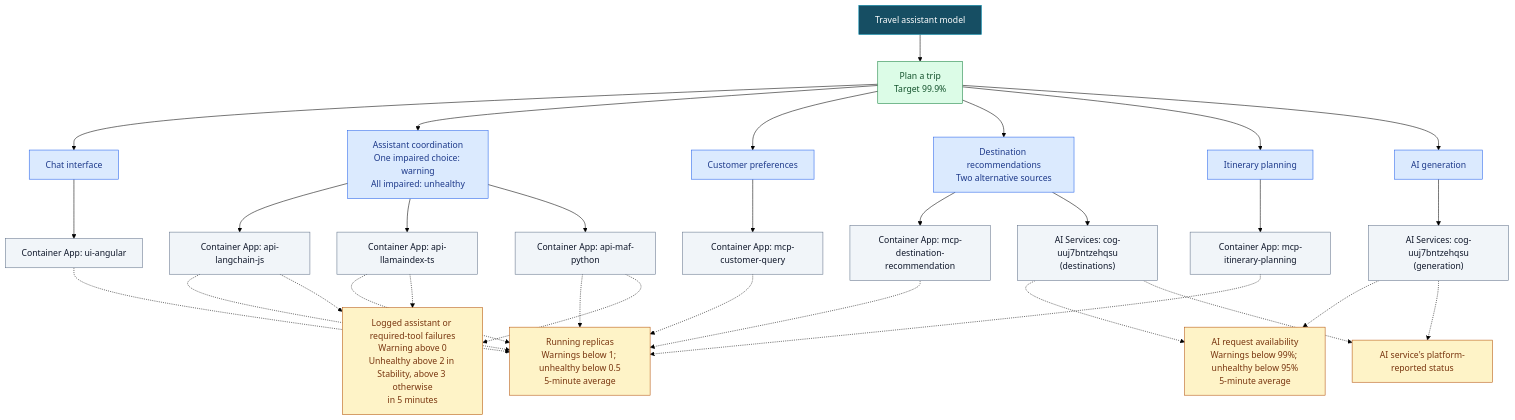
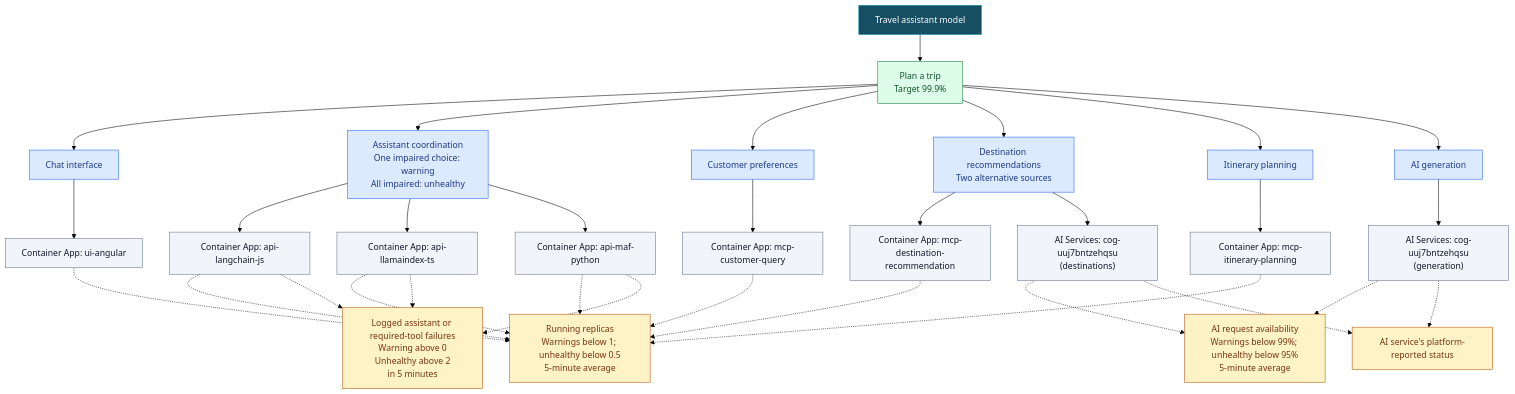
One commit to abossard/azure-ai-travel-agents changed the first of 2 diagrams in docs/healthmodel/plan.md. Above: the diagram before and after it, drawn with Mermaid (forest theme). The commit also changed other lines of this file and 6 other files, not shown here.

````diff
--- a/docs/healthmodel/plan.md
+++ b/docs/healthmodel/plan.md
@@ -34,41 +34,41 @@
 ```mermaid
 flowchart TB
     ROOT["Travel assistant model"]:::model
     FLOW["Plan a trip<br/>Target 99.9%"]:::journey
     UI["Chat interface"]:::system
     API["Assistant coordination<br/>One impaired choice: warning<br/>All impaired: unhealthy"]:::system
     PREF["Customer preferences"]:::system
     DEST["Destination recommendations<br/>Two alternative sources"]:::system
     PLAN["Itinerary planning"]:::system
     AI["AI generation"]:::system
     RUI["Container App: ui-angular"]:::resource
     RLC["Container App: api-langchain-js"]:::resource
     RLI["Container App: api-llamaindex-ts"]:::resource
     RPY["Container App: api-maf-python"]:::resource
     RPREF["Container App: mcp-customer-query"]:::resource
     RDEST["Container App: mcp-destination-recommendation"]:::resource
     RDESTAI["AI Services: cog-uuj7bntzehqsu<br/>(destinations)"]:::resource
     RPLAN["Container App: mcp-itinerary-planning"]:::resource
     RAI["AI Services: cog-uuj7bntzehqsu<br/>(generation)"]:::resource
     SIG["Running replicas<br/>Warnings below 1; unhealthy below 0.5<br/>5-minute average"]:::signal
     ASIG["AI request availability<br/>Warnings below 99%; unhealthy below 95%<br/>5-minute average"]:::signal
     AHEALTH["AI service's platform-reported status"]:::signal
-    LOG["Logged assistant or required-tool failures<br/>Warning above 0<br/>Unhealthy above 2 in Stability, above 3 otherwise<br/>in 5 minutes"]:::signal
+    LOG["Logged assistant or required-tool failures<br/>Warning above 0<br/>Unhealthy above 2<br/>in 5 minutes"]:::signal
     ROOT --> FLOW
     FLOW --> UI & API & PREF & DEST & PLAN & AI
     UI --> RUI
     API --> RLC & RLI & RPY
     PREF --> RPREF
     DEST --> RDEST & RDESTAI
     PLAN --> RPLAN
     AI --> RAI
     RUI & RLC & RLI & RPY & RPREF & RDEST & RPLAN -.-> SIG
     RDESTAI & RAI -.-> ASIG
     RDESTAI & RAI -.-> AHEALTH
     RLC & RLI & RPY -.-> LOG
     classDef model fill:#164e63,stroke:#0891b2,color:#ffffff
     classDef journey fill:#dcfce7,stroke:#15803d,color:#14532d
     classDef system fill:#dbeafe,stroke:#2563eb,color:#1e3a8a
     classDef resource fill:#f1f5f9,stroke:#64748b,color:#0f172a
     classDef signal fill:#fef3c7,stroke:#b45309,color:#78350f
 ```
````
